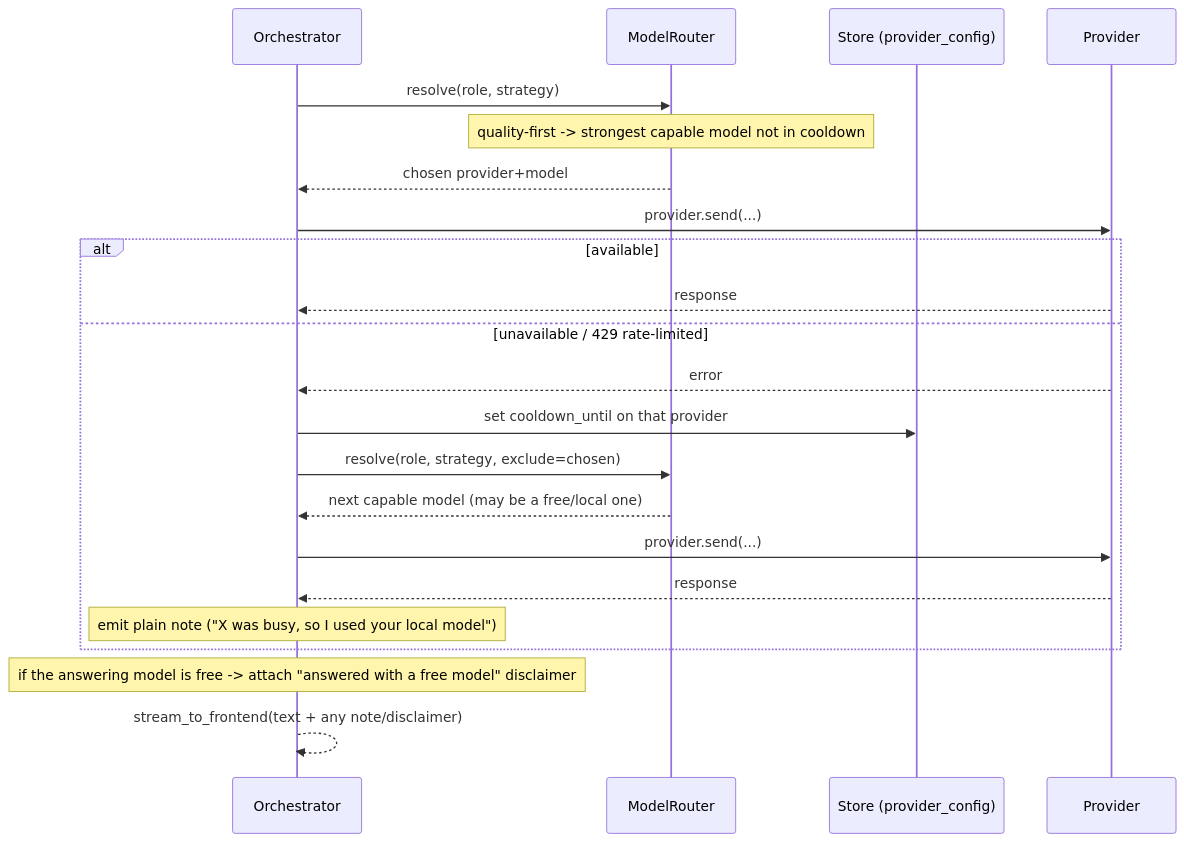
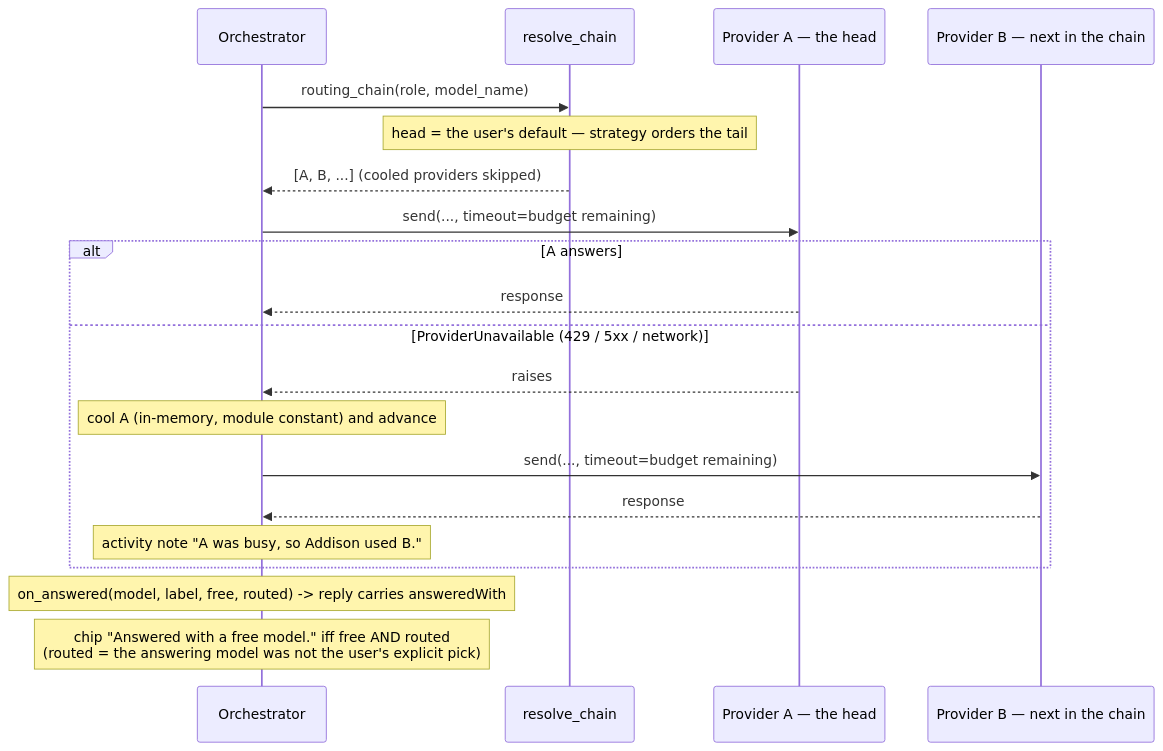
Diagram 14 of 15 in docs/flows.md (N041M/Addison), drawn with Mermaid before and after one commit. The commit also changed other lines of this file and 5 other files, not shown here.

First line of the commit message:
Docs pass: fix broken/overlapping mermaid, retire stale claims, de-brochure the prose

````diff
--- a/docs/flows.md
+++ b/docs/flows.md
@@ -499,25 +505,23 @@
 ```mermaid
 sequenceDiagram
     participant ORC as Orchestrator
-    participant MR as ModelRouter
-    participant ST as Store (provider_config)
-    participant PR as Provider
+    participant RC as resolve_chain
+    participant A as Provider A — the head
+    participant B as Provider B — next in the chain
 
-    ORC->>MR: resolve(role, strategy)
-    Note over MR: quality-first -> strongest capable model not in cooldown
-    MR-->>ORC: chosen provider+model
-    ORC->>PR: provider.send(...)
-    alt available
-        PR-->>ORC: response
-    else unavailable / 429 rate-limited
-        PR-->>ORC: error
-        ORC->>ST: set cooldown_until on that provider
-        ORC->>MR: resolve(role, strategy, exclude=chosen)
-        MR-->>ORC: next capable model (may be a free/local one)
-        ORC->>PR: provider.send(...)
-        PR-->>ORC: response
-        Note over ORC: emit plain note ("X was busy, so I used your local model")
+    ORC->>RC: routing_chain(role, model_name)
+    Note over RC: head = the user's default — strategy orders the tail
+    RC-->>ORC: [A, B, ...] (cooled providers skipped)
+    ORC->>A: send(..., timeout=budget remaining)
+    alt A answers
+        A-->>ORC: response
+    else ProviderUnavailable (429 / 5xx / network)
+        A-->>ORC: raises
+        Note over ORC: cool A (in-memory, module constant) and advance
+        ORC->>B: send(..., timeout=budget remaining)
+        B-->>ORC: response
+        Note over ORC: activity note "A was busy, so Addison used B."
     end
-    Note over ORC: if the answering model is free -> attach "answered with a free model" disclaimer
-    ORC-->>ORC: stream_to_frontend(text + any note/disclaimer)
+    Note over ORC: on_answered(model, label, free, routed) -> reply carries answeredWith
+    Note over ORC: chip "Answered with a free model." iff free AND routed<br/>(routed = the answering model was not the user's explicit pick)
 ```
````
